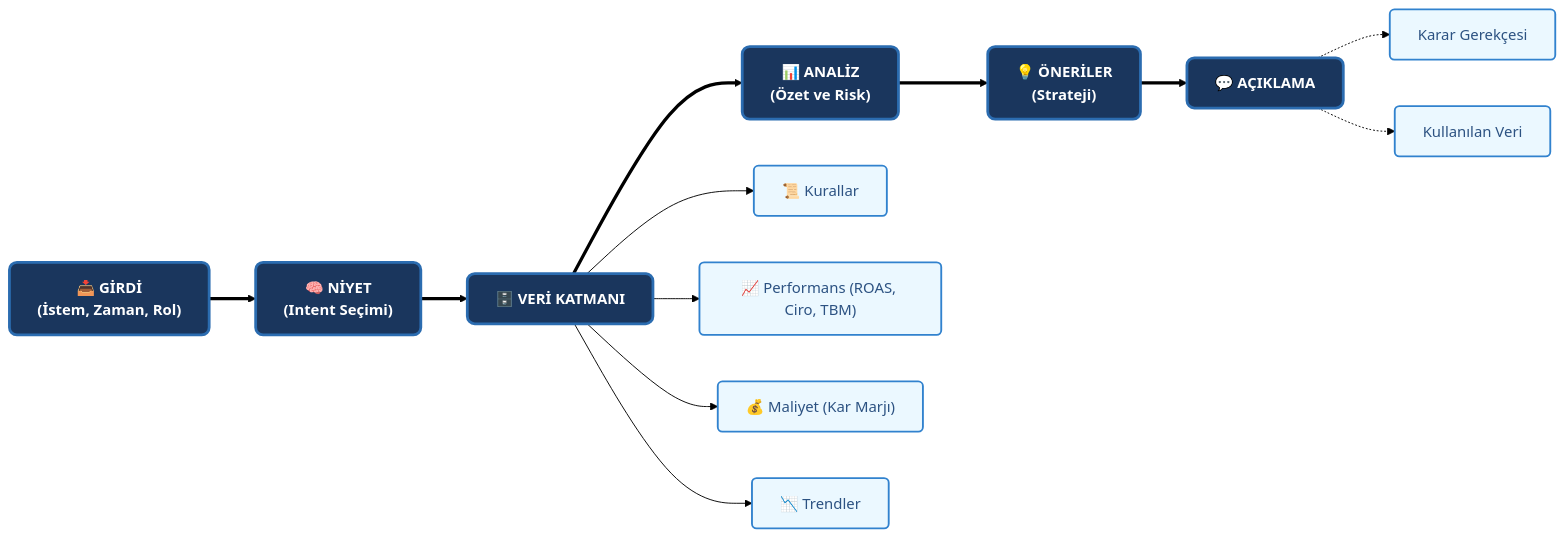
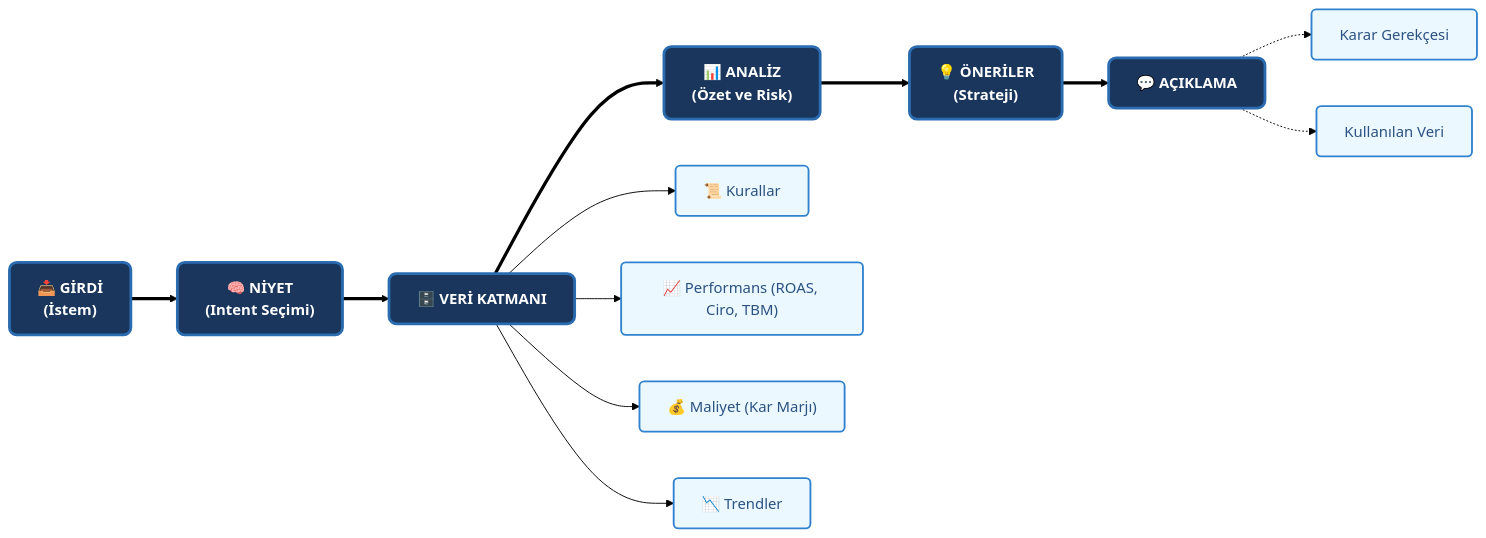
Before and after one commit to onuralpArsln/mcpTutorial: the second of 2 diagrams in ReadMe.md, drawn with Mermaid (forest theme).

Commit message:
md updated again

````diff
--- a/ReadMe.md
+++ b/ReadMe.md
@@ -144,28 +144,28 @@
 ```mermaid
 flowchart LR
     %% --- Stil ve Tema Tanımlamaları ---
     classDef mainStep fill:#1A365D,stroke:#2B6CB0,stroke-width:3px,color:#FFFFFF,rx:8px,ry:8px,font-weight:bold;
     classDef subCategory fill:#EBF8FF,stroke:#3182CE,stroke-width:2px,color:#2C5282,rx:5px,ry:5px;
     classDef metricItem fill:#F0FFF4,stroke:#38A169,stroke-width:1px,color:#22543D,rx:20px,ry:20px;
 
     %% --- KATMANLAR ---
-    A["📥 GİRDİ<br>(İstem, Zaman, Rol)"]:::mainStep
+    A["📥 GİRDİ<br>(İstem)"]:::mainStep
     B["🧠 NİYET<br>(Intent Seçimi)"]:::mainStep
     C["🗄️ VERİ KATMANI"]:::mainStep
     D["📊 ANALİZ<br>(Özet ve Risk)"]:::mainStep
     E["💡 ÖNERİLER<br>(Strateji)"]:::mainStep
     F["💬 AÇIKLAMA"]:::mainStep
 
     %% --- GİZLİ BAĞLANTILAR (KUTULARI DÜZENLİ TUTMAK İÇİN) ---
     A ==> B ==> C ==> D ==> E ==> F
 
     %% --- VERİ KATMANI DETAYLARI (Alt Alta) ---
     C --> C1["📜 Kurallar"]:::subCategory
     C --> C2["📈 Performans (ROAS, Ciro, TBM)"]:::subCategory
     C --> C3["💰 Maliyet (Kar Marjı)"]:::subCategory
     C --> C4["📉 Trendler"]:::subCategory
 
     %% --- AÇIKLAMA DETAYLARI ---
     F -.-> F1["Karar Gerekçesi"]:::subCategory
     F -.-> F2["Kullanılan Veri"]:::subCategory
 ```
````
